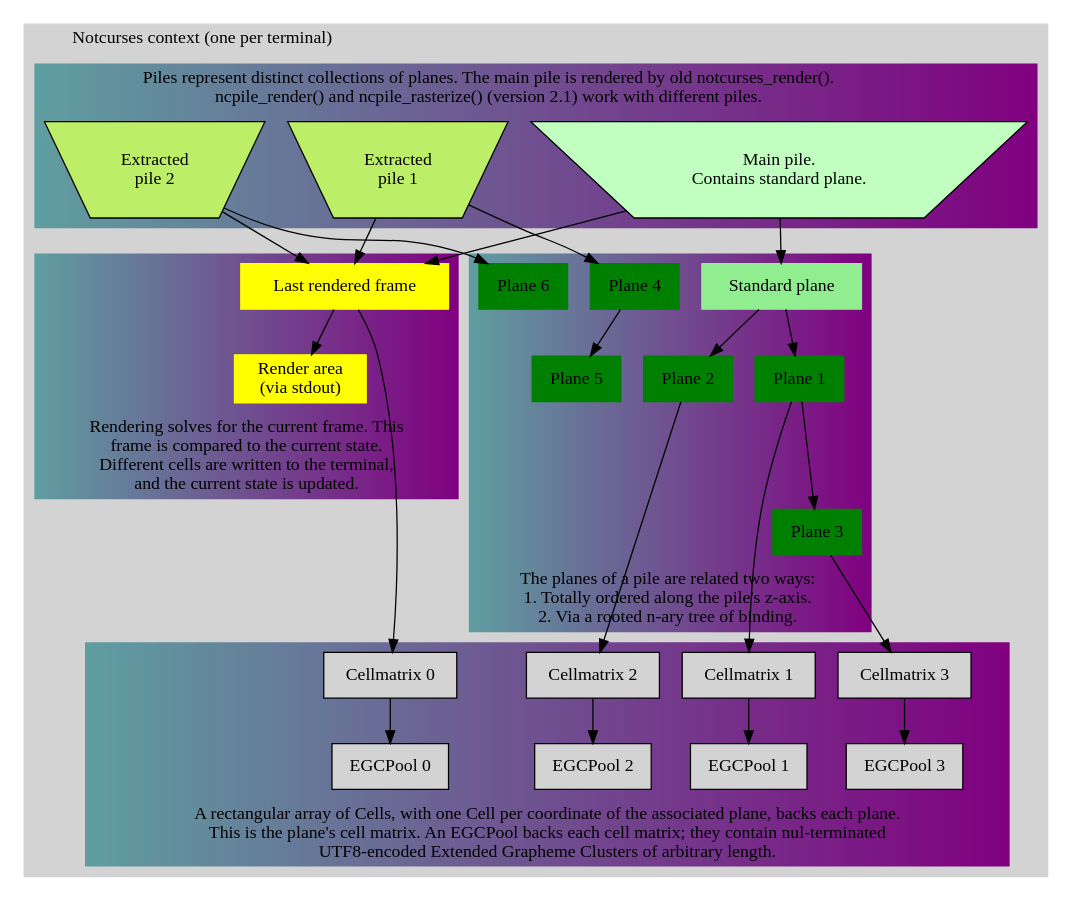
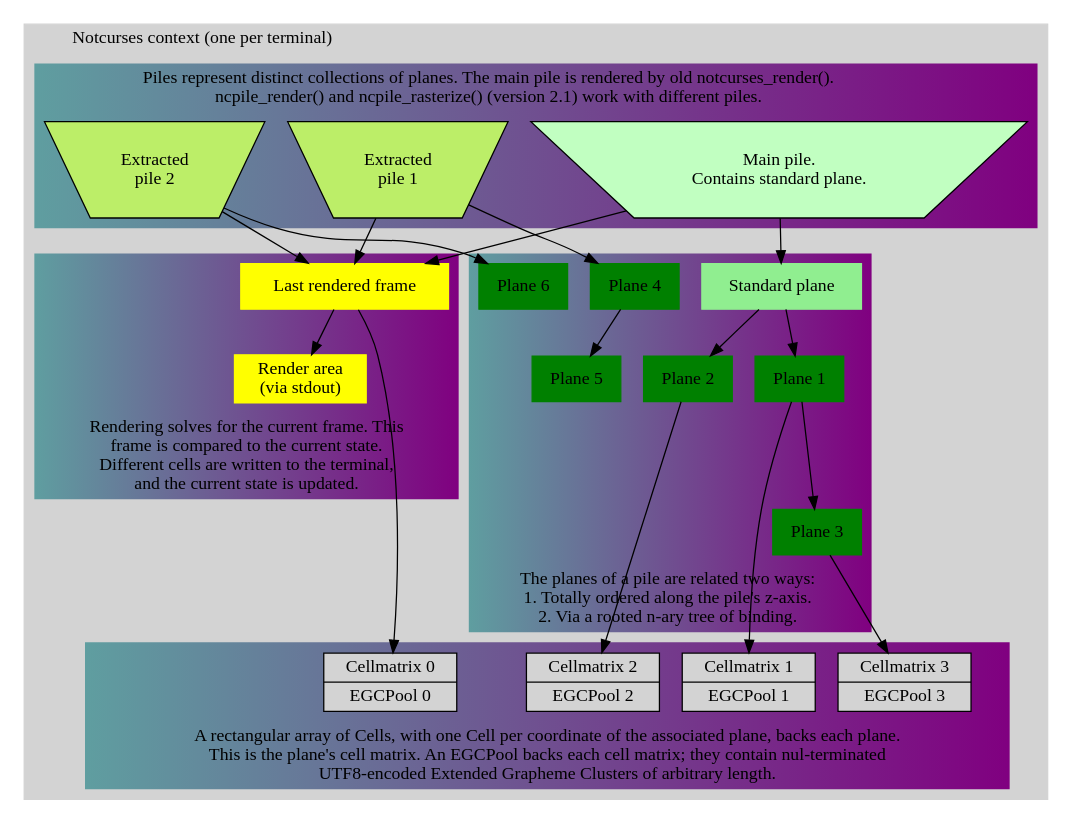
The diagram in doc/model.dot (dankamongmen/notcurses), drawn with Graphviz before and after one commit.

Commit message:
model.dot: combine cellmatrix+egcpool

```diff
--- a/doc/model.dot
+++ b/doc/model.dot
@@ -1,72 +1,64 @@
 digraph G {
   subgraph clusterNotcurses {
     labeljust="l";
     label = "Notcurses context (one per terminal)"
     style = filled;
     color = lightgrey;
     compound = "true"
     subgraph clusterRedner {
       label="Rendering solves for the current frame. This\nframe is compared to the current state.\nDifferent cells are written to the terminal,\nand the current state is updated."
       style="filled"
       color="cadetblue:purple"
       LastFrame [ shape=rectangle label="Last rendered frame" style=filled color=yellow ]
       RenderArea [ shape=rectangle label="Render area\n(via stdout)" style=filled color=yellow ]
       labelloc="b"
     }
     subgraph clusterZaxis {
       label="Piles represent distinct collections of planes. The main pile is rendered by old notcurses_render().\nncpile_render() and ncpile_rasterize() (version 2.1) work with different piles."
       style=filled;
       color="cadetblue:purple";
       pileMain [ label="Main pile.\nContains standard plane." style="filled" fillcolor=darkseagreen1 shape=invtrapezium ]
       pile1 [ label="Extracted\npile 1" style="filled" fillcolor=darkolivegreen2 shape=invtrapezium ]
       pile2 [ label="Extracted\npile 2" style="filled" fillcolor=darkolivegreen2 shape=invtrapezium ]
       { rank=same; pileMain pile1 pile2 }
     }
     pileMain -> LastFrame
     pile1 -> LastFrame
     pile2 -> LastFrame
     LastFrame -> RenderArea
     subgraph clusterPlanes {
       labelloc="b"
       label="The planes of a pile are related two ways:\n1. Totally ordered along the pile's z-axis.\n2. Via a rooted n-ary tree of binding."
       style=filled;
       color="cadetblue:purple";
       planeStd [ label="Standard plane" shape=rectangle color="lightgreen" style=filled ]
       plane1 [ label="Plane 1" shape=rectangle color="green" style=filled ]
       plane2 [ label="Plane 2" shape=rectangle color="green" style=filled ]
       plane3 [ label="Plane 3" shape=rectangle color="green" style=filled ]
       plane4 [ label="Plane 4" shape=rectangle color="green" style=filled ]
       plane5 [ label="Plane 5" shape=rectangle color="green" style=filled ]
       plane6 [ label="Plane 6" shape=rectangle color="green" style=filled ]
       pileMain -> planeStd
       planeStd -> plane1
       planeStd -> plane2
       plane1 -> plane3
       pile1 -> plane4
       plane4 -> plane5
       pile2 -> plane6
     }
     subgraph clusterMatrices {
       labelloc="b"
       label="A rectangular array of Cells, with one Cell per coordinate of the associated plane, backs each plane.\nThis is the plane's cell matrix. An EGCPool backs each cell matrix; they contain nul-terminated\nUTF8-encoded Extended Grapheme Clusters of arbitrary length."
       style=filled;
       color="cadetblue:purple";
-      cMatrix0 [ label="Cellmatrix 0" shape=rectangle style=filled ]
-      cMatrix1 [ label="Cellmatrix 1" shape=rectangle style=filled ]
-      cMatrix2 [ label="Cellmatrix 2" shape=rectangle style=filled ]
-      cMatrix3 [ label="Cellmatrix 3" shape=rectangle style=filled ]
+      cMatrix0 [ label="{{Cellmatrix 0}|{EGCPool 0}}" shape=record style=filled ]
+      cMatrix1 [ label="{{Cellmatrix 1}|{EGCPool 1}}" shape=record style=filled ]
+      cMatrix2 [ label="{{Cellmatrix 2}|{EGCPool 2}}" shape=record style=filled ]
+      cMatrix3 [ label="{{Cellmatrix 3}|{EGCPool 3}}" shape=record style=filled ]
       plane1 -> cMatrix1
       plane2 -> cMatrix2
       plane3 -> cMatrix3
       LastFrame -> cMatrix0
-      egcPool0 [ label="EGCPool 0" shape=rectangle style=filled ]
-      egcPool1 [ label="EGCPool 1" shape=rectangle style=filled ]
-      egcPool2 [ label="EGCPool 2" shape=rectangle style=filled ]
-      egcPool3 [ label="EGCPool 3" shape=rectangle style=filled ]
-      cMatrix0 -> egcPool0
-      cMatrix1 -> egcPool1
-      cMatrix2 -> egcPool2
-      cMatrix3 -> egcPool3
     }
   }
 }
```
